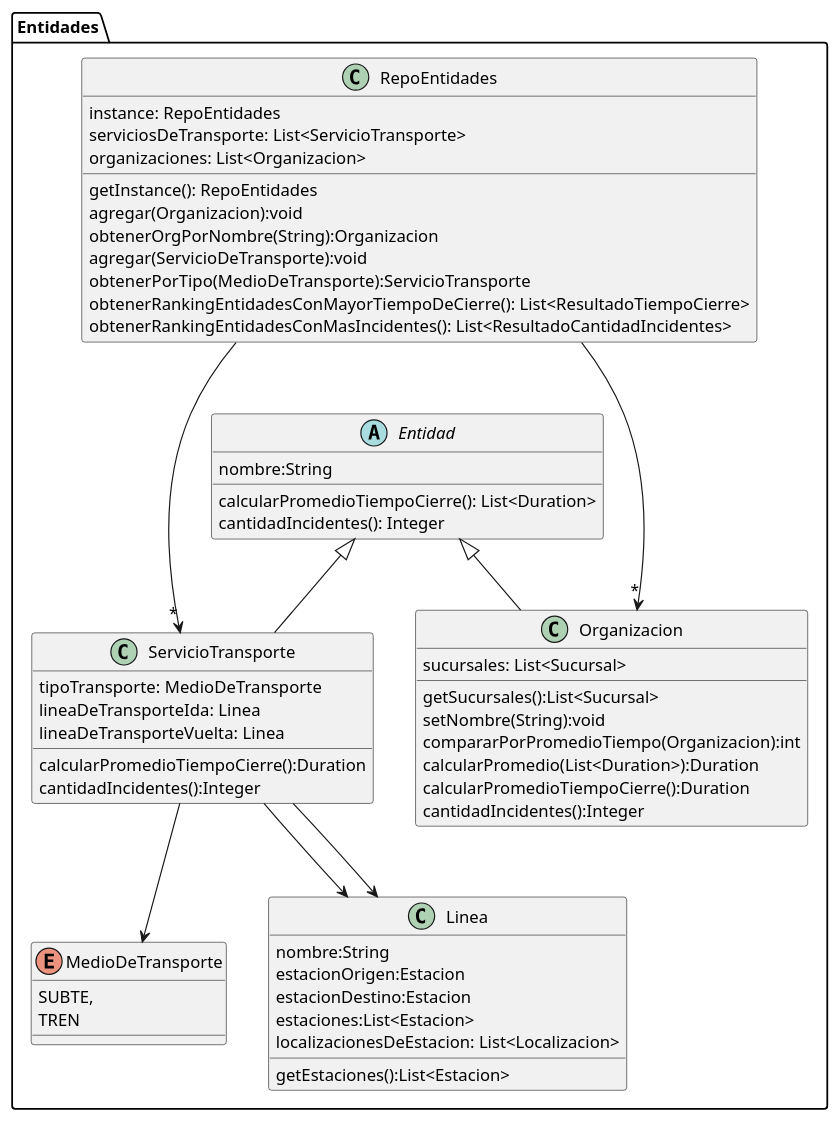
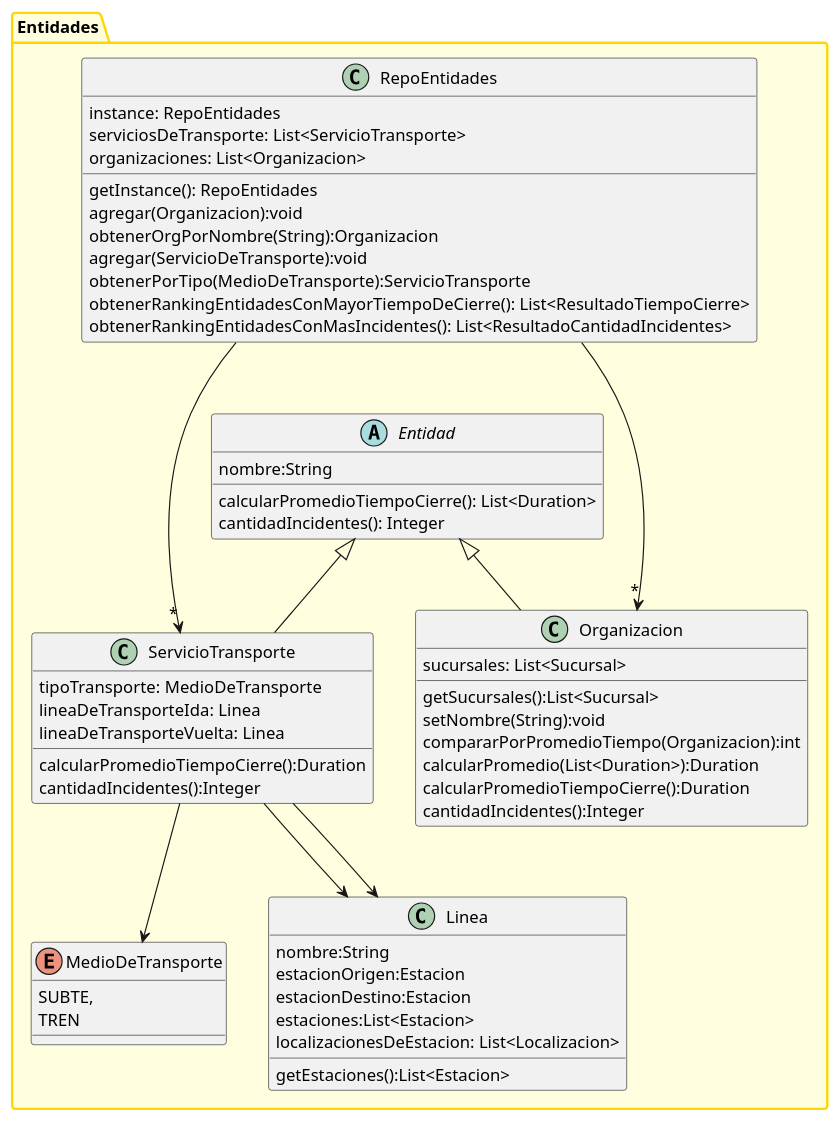
The diagram in Entrega-3/out/entidades.puml (tomidandrea/TPA-DDS-2023), drawn with PlantUML before and after one commit. The commit also changed 9 other files, not shown here.

Commit message:
Ordeno diagrama de clases

```diff
--- a/Entrega-3/out/entidades.puml
+++ b/Entrega-3/out/entidades.puml
@@ -1,71 +1,71 @@
 @startuml
 'https://plantuml.com/class-diagram
 
-package Entidades{
+package Entidades #back:lightyellow;line:gold;line.bold{
 
     class RepoEntidades{
         instance: RepoEntidades
         serviciosDeTransporte: List<ServicioTransporte>
         organizaciones: List<Organizacion>
 
         getInstance(): RepoEntidades
         agregar(Organizacion):void
         obtenerOrgPorNombre(String):Organizacion
         agregar(ServicioDeTransporte):void
         obtenerPorTipo(MedioDeTransporte):ServicioTransporte
         obtenerRankingEntidadesConMayorTiempoDeCierre(): List<ResultadoTiempoCierre>
         obtenerRankingEntidadesConMasIncidentes(): List<ResultadoCantidadIncidentes>
     }
 
     abstract class Entidad{
         nombre:String
 
         calcularPromedioTiempoCierre(): List<Duration>
         cantidadIncidentes(): Integer
     }
 
     class Organizacion{
         sucursales: List<Sucursal>
 
         getSucursales():List<Sucursal>
         setNombre(String):void
         compararPorPromedioTiempo(Organizacion):int
         calcularPromedio(List<Duration>):Duration
         calcularPromedioTiempoCierre():Duration
         cantidadIncidentes():Integer
     }
 
     class ServicioTransporte{
         tipoTransporte: MedioDeTransporte
         lineaDeTransporteIda: Linea
         lineaDeTransporteVuelta: Linea
 
         calcularPromedioTiempoCierre():Duration
         cantidadIncidentes():Integer
     }
 
     enum MedioDeTransporte{
         SUBTE,
         TREN
     }
 
     class Linea{
         nombre:String
         estacionOrigen:Estacion
         estacionDestino:Estacion
         estaciones:List<Estacion>
         localizacionesDeEstacion: List<Localizacion>
 
         getEstaciones():List<Estacion>
     }
 
     ServicioTransporte --> MedioDeTransporte
     ServicioTransporte --> Linea
     ServicioTransporte --> Linea
     Organizacion-up-|>Entidad
     ServicioTransporte-up-|>Entidad
     RepoEntidades --->"*" Organizacion
     RepoEntidades --->"*" ServicioTransporte
 }
 
 @enduml
```
